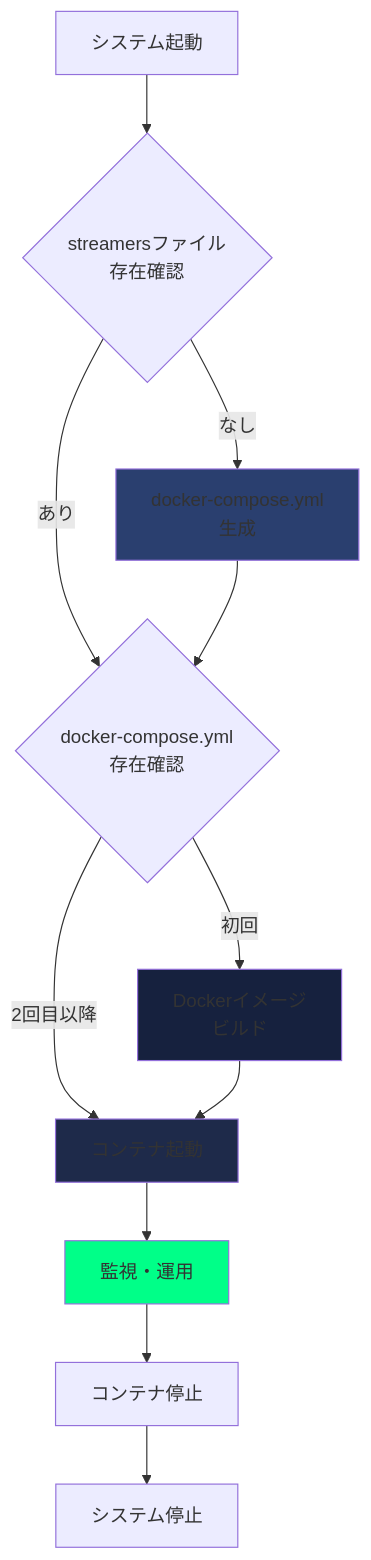
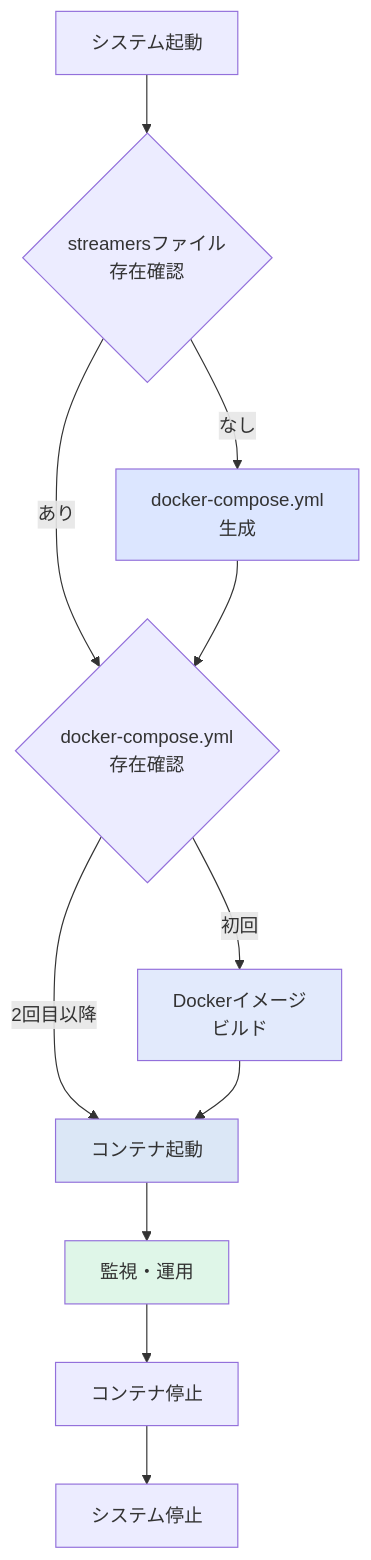
The first of 2 diagrams in documents/OPERATIONS_GUIDE.md (Masakai/meteo), drawn with Mermaid before and after one commit. The commit also changed other lines of this file and 8 other files, not shown here.

Commit message:
- Mermaidダイアグラム用スタイルのカラーパレットを調整   - セーフティカラーを温和なトーンへ変更   - Mermaidテーマ設定のドキュメントやスクリプトを更新 - WebRTC/Go2RTC関連のドキュメント強化   - `go2rtc` コンテナ仕様、図解を追加   - ダッシュボード埋め込み方式とストリーミング設定を反映   - 構築手順にポートや依存関係情報を補足

````diff
--- a/documents/OPERATIONS_GUIDE.md
+++ b/documents/OPERATIONS_GUIDE.md
@@ -39,28 +39,28 @@
 ```mermaid
 flowchart TD
     Start["システム起動"]
     Check1{"streamersファイル<br/>存在確認"}
     Generate["docker-compose.yml<br/>生成"]
     Check2{"docker-compose.yml<br/>存在確認"}
     Build["Dockerイメージ<br/>ビルド"]
     Up["コンテナ起動"]
     Monitor["監視・運用"]
     Stop["コンテナ停止"]
     End["システム停止"]
 
     Start --> Check1
     Check1 -->|"なし"| Generate
     Check1 -->|"あり"| Check2
     Generate --> Check2
     Check2 -->|"初回"| Build
     Check2 -->|"2回目以降"| Up
     Build --> Up
     Up --> Monitor
     Monitor --> Stop
     Stop --> End
 
-    style Generate fill:#2a3f6f
-    style Build fill:#16213e
-    style Up fill:#1e2a4a
-    style Monitor fill:#00ff88
+    style Generate fill:#dce6ff
+    style Build fill:#e2eafc
+    style Up fill:#dbe7f6
+    style Monitor fill:#dff6e8
 ```
````
